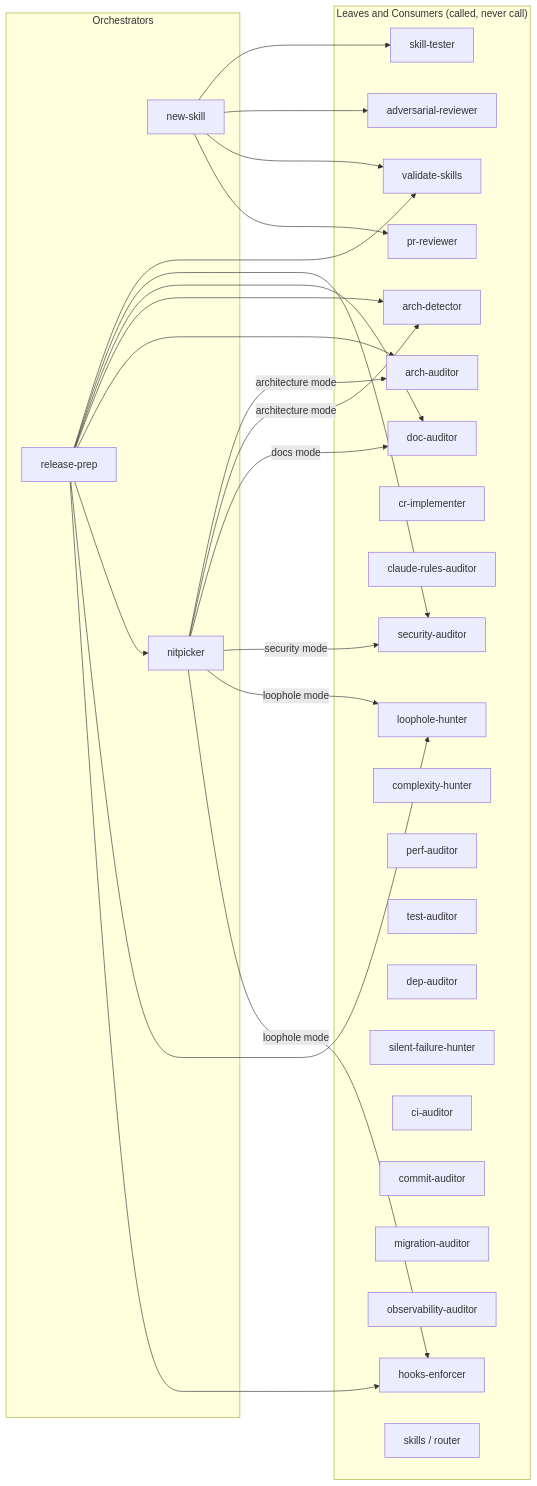
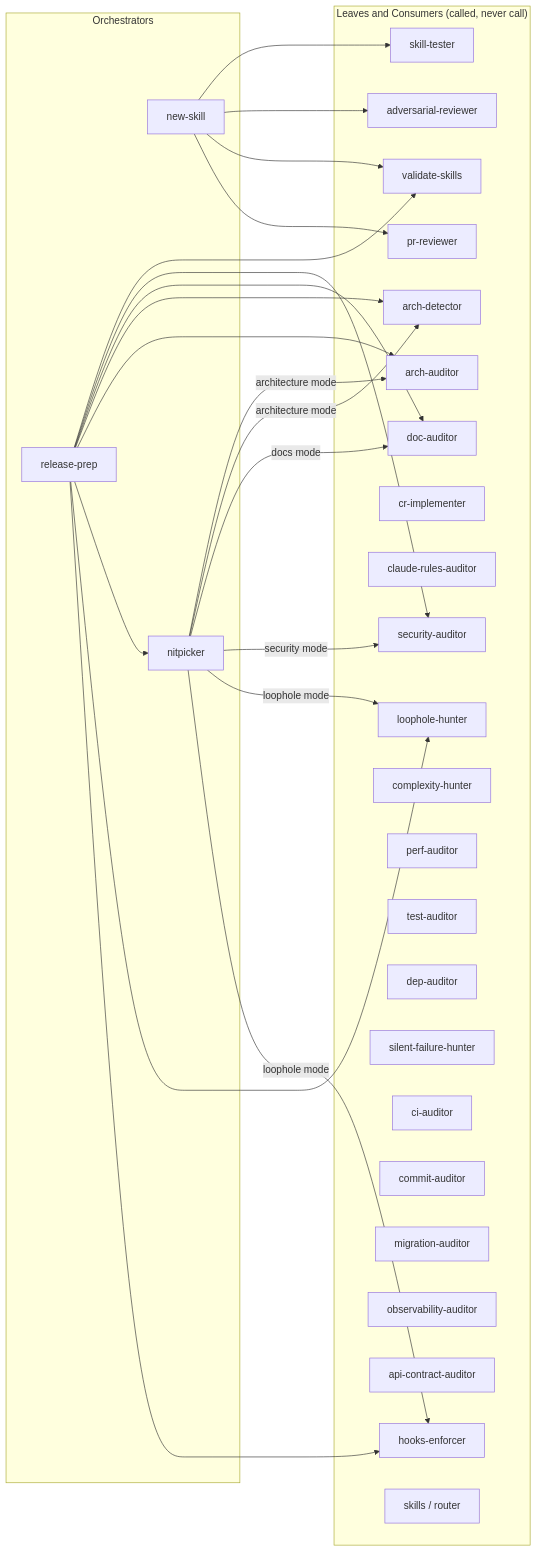
The sixth of 6 diagrams in .claude/skills/README.md (ivuorinen/skills), drawn with Mermaid before and after one commit. The commit also changed other lines of this file and 6 other files, not shown here.

Commit message:
feat: add api-contract-auditor skill (#41)

````diff
--- a/.claude/skills/README.md
+++ b/.claude/skills/README.md
@@ -346,54 +354,55 @@
 ```mermaid
 graph LR
     subgraph orchestrators["Orchestrators"]
         NS[new-skill]
         RP[release-prep]
         NP[nitpicker]
     end
 
     subgraph leaves["Leaves and Consumers (called, never call)"]
         AR[adversarial-reviewer]
         VS[validate-skills]
         AD[arch-detector]
         AA[arch-auditor]
         DA[doc-auditor]
         PR[pr-reviewer]
         SA[security-auditor]
         CRI[cr-implementer]
         CRA[claude-rules-auditor]
         LH[loophole-hunter]
         HE[hooks-enforcer]
         CH[complexity-hunter]
         PA[perf-auditor]
         TA[test-auditor]
         DEP[dep-auditor]
         SFH[silent-failure-hunter]
         CIA[ci-auditor]
         CMA[commit-auditor]
         MA[migration-auditor]
         OBA[observability-auditor]
+        ACA[api-contract-auditor]
         ST[skill-tester]
         SK[skills / router]
     end
 
     NS --> ST
     NS --> AR
     NS --> VS
     NS --> PR
 
     RP --> VS
     RP --> SA
     RP --> DA
     RP --> AD
     RP --> AA
     RP --> NP
     RP --> LH
     RP --> HE
 
     NP -->|architecture mode| AA
     NP -->|architecture mode| AD
     NP -->|docs mode| DA
     NP -->|security mode| SA
     NP -->|loophole mode| LH
     NP -->|loophole mode| HE
 ```
````
